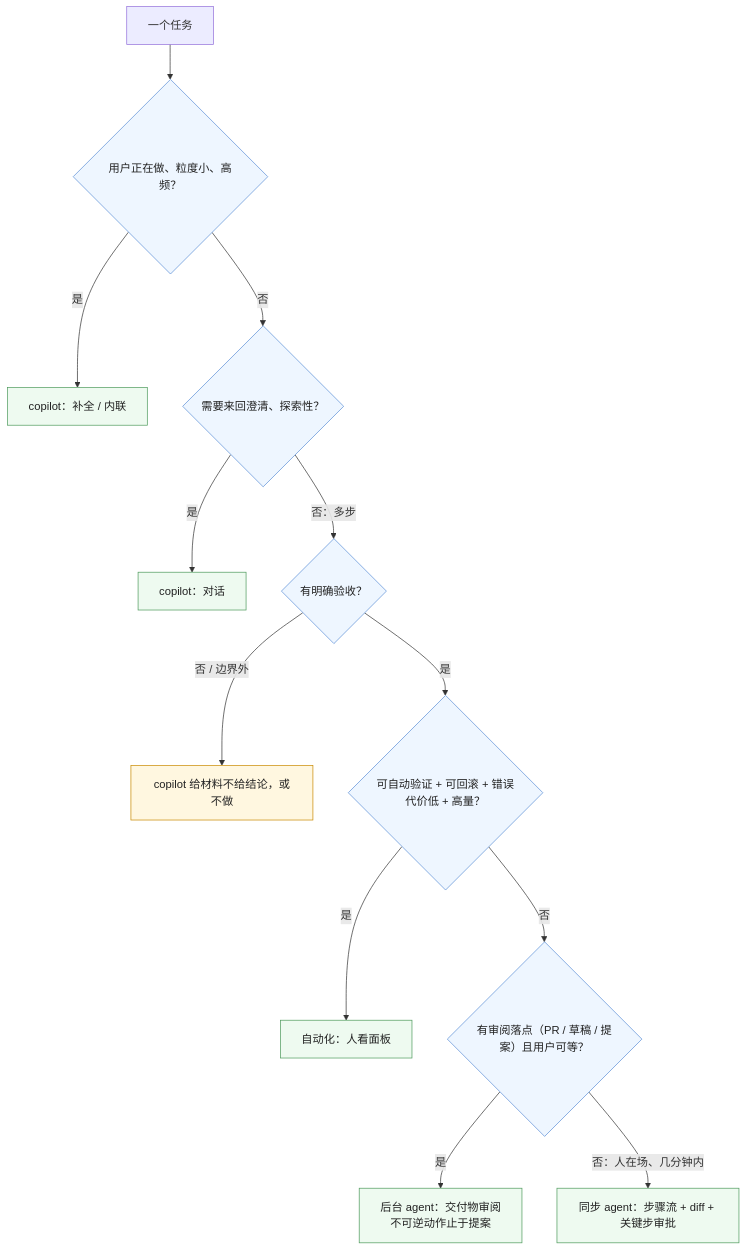
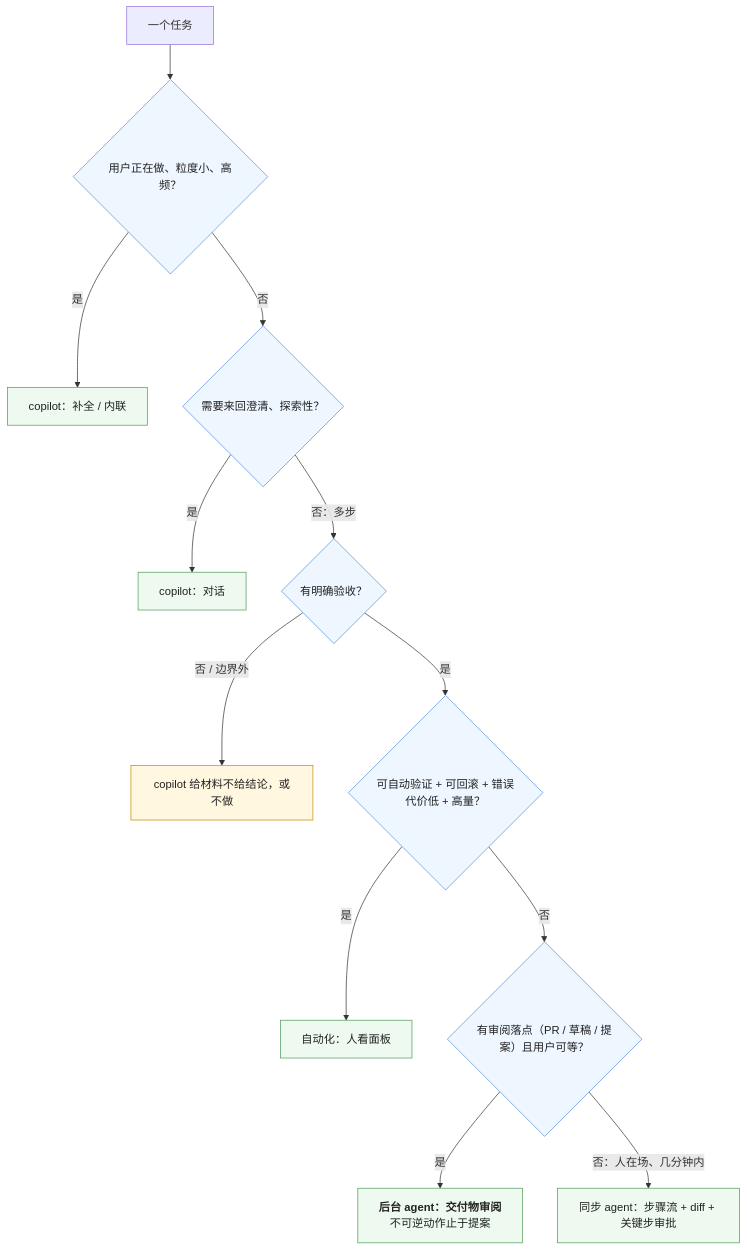
One commit to arganzheng/arganzheng.github.com changed the fourth of 5 diagrams in _posts/2026-11-17-product-forms-copilot-agent-automation-and-the-rise-of-background-agents.md. Above: the diagram before and after it, drawn with Mermaid. The commit also changed other lines of this file and 5 other files, not shown here.

First line of the commit message:
产品与体验：把不确定的能力做成可信的产品：Mermaid 多行方框的首行标为标题（6 篇）

````diff
--- a/_posts/2026-11-17-product-forms-copilot-agent-automation-and-the-rise-of-background-agents.md
+++ b/_posts/2026-11-17-product-forms-copilot-agent-automation-and-the-rise-of-background-agents.md
@@ -162,21 +162,21 @@
 ```mermaid
 %% 图：选形态的决策树——先问用户是不是正在做且粒度小（补全式 copilot）；再问需不需要来回澄清（对话式 copilot）；多步任务问有没有明确验收；有验收再问有没有审阅落点（PR / 草稿 / 提案）与用户能不能等：能等且有落点 → 后台 agent，人在场 → 同步 agent；可自动验证 + 可回滚 + 高量 → 自动化；不可逆对外动作止于提案
 flowchart TB
     Q["一个任务"] --> Q1{"用户正在做、粒度小、高频？"}
     Q1 -->|"是"| F1["copilot：补全 / 内联"]
     Q1 -->|"否"| Q2{"需要来回澄清、探索性？"}
     Q2 -->|"是"| F2["copilot：对话"]
     Q2 -->|"否：多步"| Q3{"有明确验收？"}
     Q3 -->|"否 / 边界外"| F0["copilot 给材料不给结论，或不做"]
     Q3 -->|"是"| Q4{"可自动验证 + 可回滚 + 错误代价低 + 高量？"}
     Q4 -->|"是"| F5["自动化：人看面板"]
     Q4 -->|"否"| Q5{"有审阅落点（PR / 草稿 / 提案）且用户可等？"}
-    Q5 -->|"是"| F4["后台 agent：交付物审阅<br/>不可逆动作止于提案"]
+    Q5 -->|"是"| F4["<b>后台 agent：交付物审阅</b><br/>不可逆动作止于提案"]
     Q5 -->|"否：人在场、几分钟内"| F3["同步 agent：步骤流 + diff + 关键步审批"]
     classDef dec fill:#eef6ff,stroke:#5b8fd6,color:#222
     classDef f fill:#eefaf0,stroke:#4d9a5c,color:#222
     classDef n fill:#fff7e0,stroke:#c98a00,color:#222
     class Q1,Q2,Q3,Q4,Q5 dec
     class F1,F2,F3,F4,F5 f
     class F0 n
 ```
````
